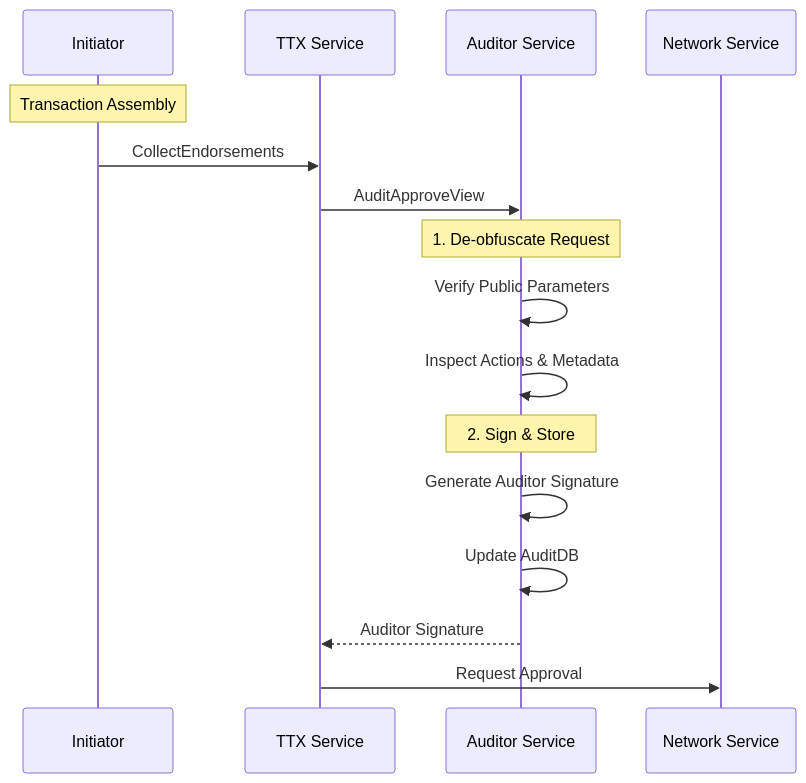
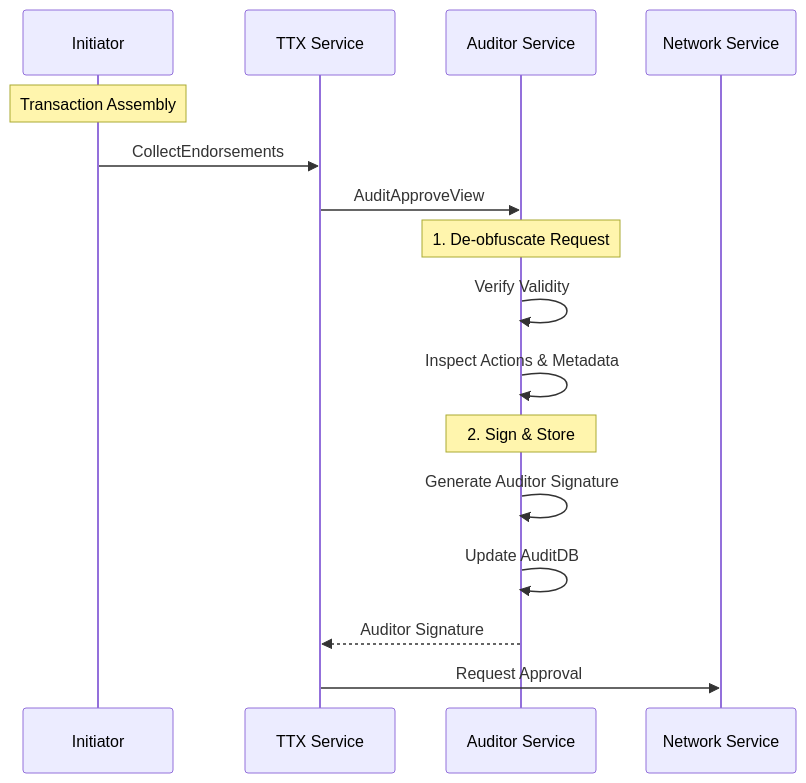
The diagram in docs/services/auditor.md (hyperledger-labs/fabric-token-sdk), drawn with Mermaid before and after one commit. The commit also changed other lines of this file and 12 other files, not shown here.

````diff
--- a/docs/services/auditor.md
+++ b/docs/services/auditor.md
@@ -17,22 +18,22 @@
 ```mermaid
 sequenceDiagram
     participant Initiator
     participant TTX as TTX Service
     participant Auditor as Auditor Service
     participant Network as Network Service
 
     Note over Initiator: Transaction Assembly
     Initiator->>TTX: CollectEndorsements
     TTX->>Auditor: AuditApproveView
     
     Note over Auditor: 1. De-obfuscate Request
-    Auditor->>Auditor: Verify Public Parameters
+    Auditor->>Auditor: Verify Validity
     Auditor->>Auditor: Inspect Actions & Metadata
     
     Note over Auditor: 2. Sign & Store
     Auditor->>Auditor: Generate Auditor Signature
     Auditor->>Auditor: Update AuditDB
     
     Auditor-->>TTX: Auditor Signature
     TTX->>Network: Request Approval
 ```
````
